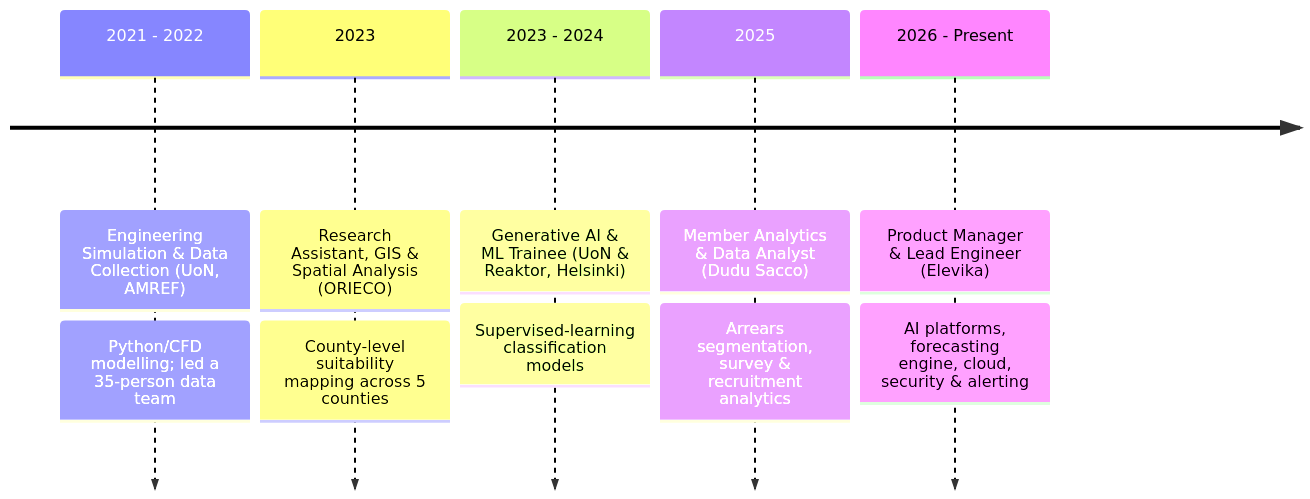
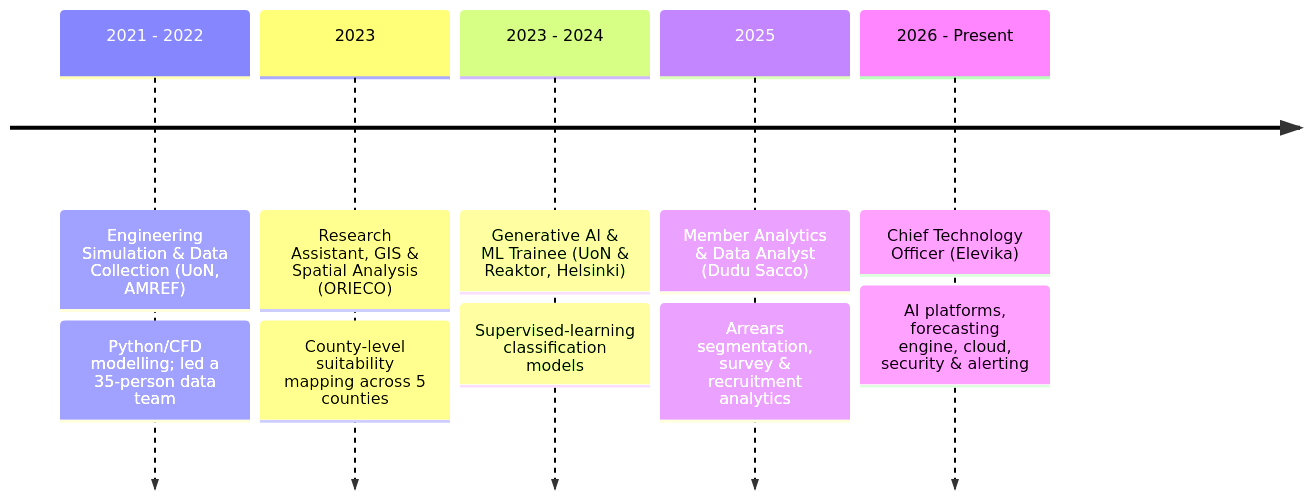
One commit to golaromanus/portfolio changed the second of 2 diagrams in README.md. Above: the diagram before and after it, drawn with Mermaid. The commit also changed other lines of this file and 1 other file, not shown here.

Commit message:
Update: CTO title, remove self-assessed label and provider names

````diff
--- a/README.md
+++ b/README.md
@@ -121,8 +121,8 @@
 ```mermaid
 timeline
     2021 - 2022 : Engineering Simulation & Data Collection (UoN, AMREF) : Python/CFD modelling; led a 35-person data team
     2023 : Research Assistant, GIS & Spatial Analysis (ORIECO) : County-level suitability mapping across 5 counties
     2023 - 2024 : Generative AI & ML Trainee (UoN & Reaktor, Helsinki) : Supervised-learning classification models
     2025 : Member Analytics & Data Analyst (Dudu Sacco) : Arrears segmentation, survey & recruitment analytics
-    2026 - Present : Product Manager & Lead Engineer (Elevika) : AI platforms, forecasting engine, cloud, security & alerting
+    2026 - Present : Chief Technology Officer (Elevika) : AI platforms, forecasting engine, cloud, security & alerting
 ```
````
